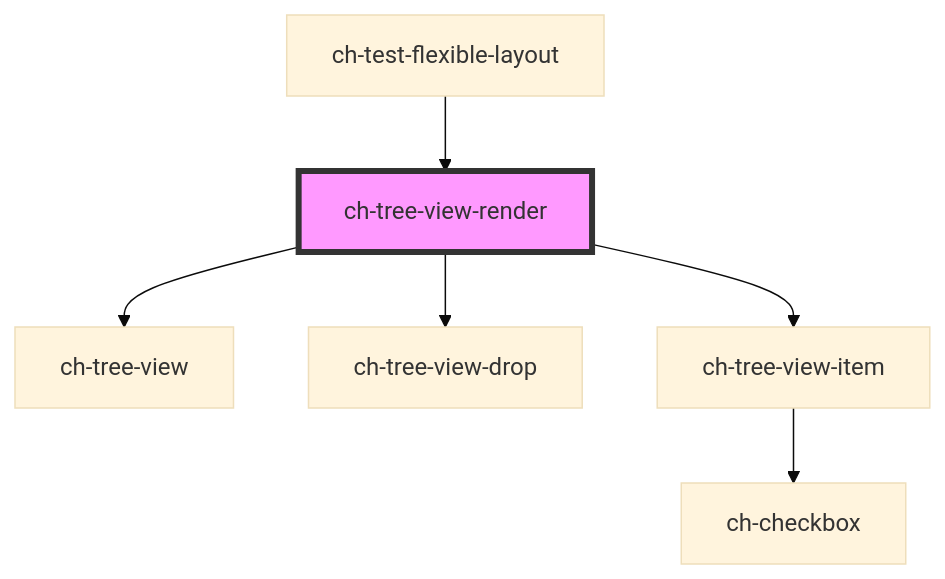
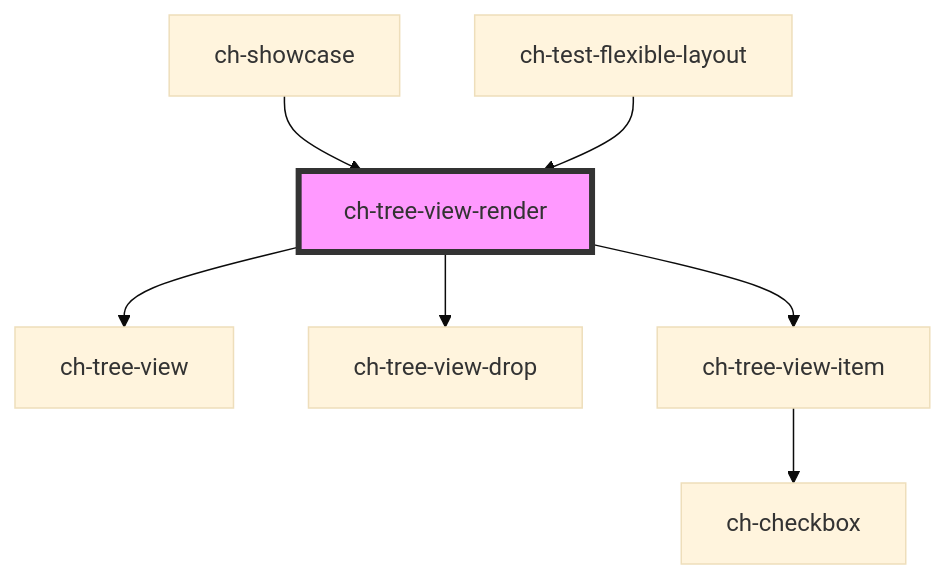
The diagram in src/components/tree-view/readme.md (genexuslabs/chameleon-controls-library), drawn with Mermaid (base theme) before and after one commit. The commit also changed other lines of this file and 9 other files, not shown here.

````diff
--- a/src/components/tree-view/readme.md
+++ b/src/components/tree-view/readme.md
@@ -308,9 +309,10 @@
 ```mermaid
 graph TD;
   ch-tree-view-render --> ch-tree-view
   ch-tree-view-render --> ch-tree-view-drop
   ch-tree-view-render --> ch-tree-view-item
   ch-tree-view-item --> ch-checkbox
+  ch-showcase --> ch-tree-view-render
   ch-test-flexible-layout --> ch-tree-view-render
   style ch-tree-view-render fill:#f9f,stroke:#333,stroke-width:4px
 ```
````
